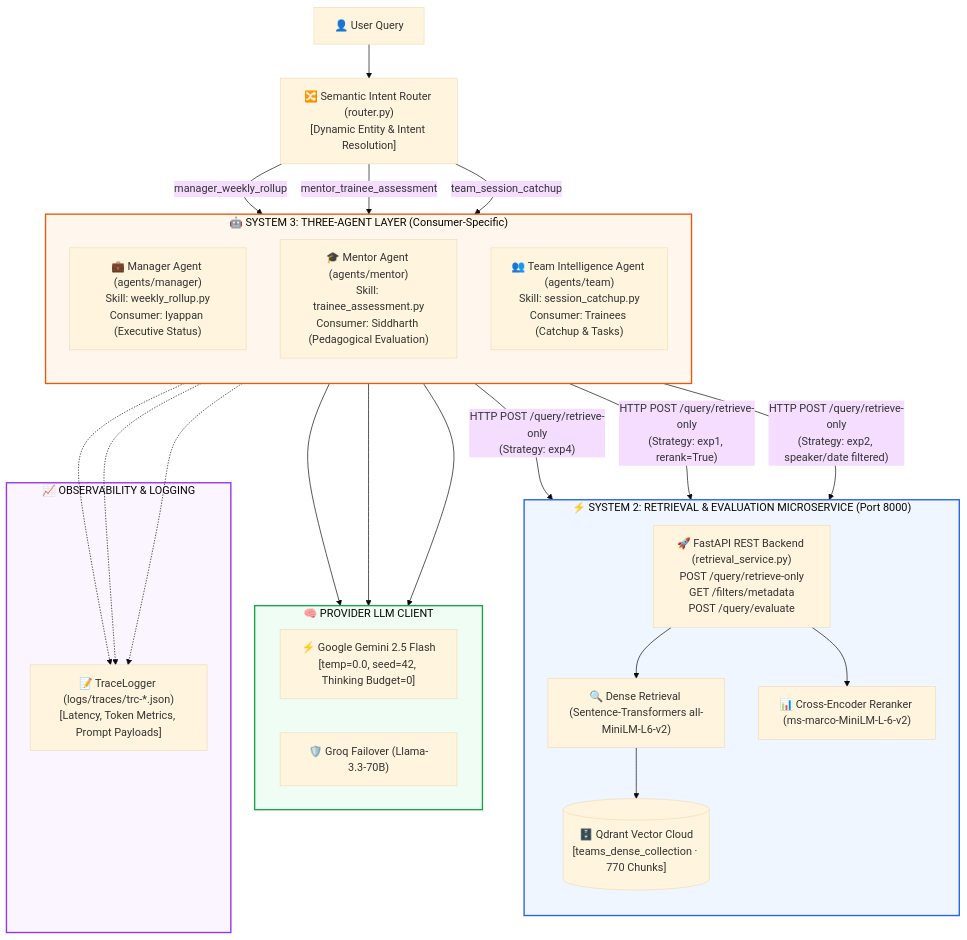
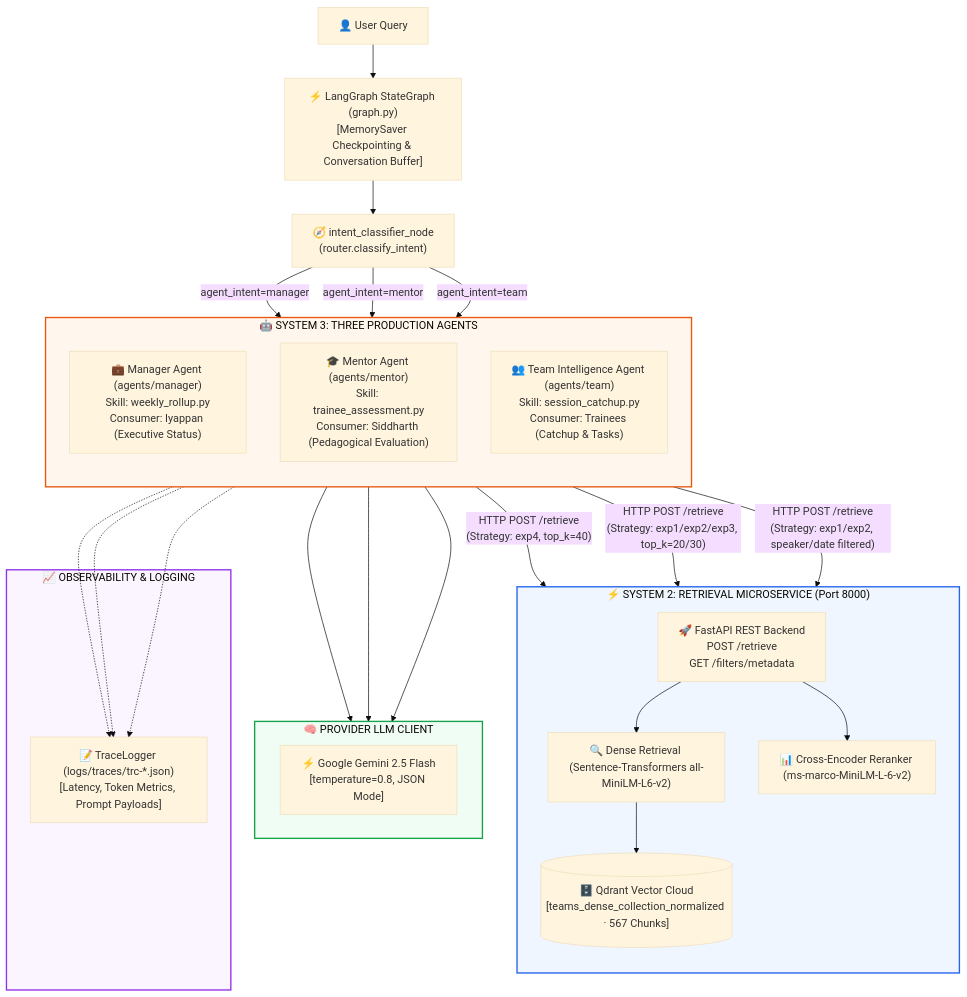
The diagram in README.md (Himayaomnex/RAG_Project), drawn with Mermaid (base theme) before and after one commit. The commit also changed other lines of this file and 3 other files, not shown here.

Commit message:
fix(orchestration): resolve slot-priority bug, isolate user session ids, and update system documentation

````diff
--- a/README.md
+++ b/README.md
@@ -11,55 +11,56 @@
 ```mermaid
 flowchart TD
-    UserQuery["👤 User Query"] --> Router["🔀 Semantic Intent Router (router.py)\n[Dynamic Entity & Intent Resolution]"]
-
-    subgraph System3 ["🤖 SYSTEM 3: THREE-AGENT LAYER (Consumer-Specific)"]
+    UserQuery["👤 User Query"] --> LangGraph["⚡ LangGraph StateGraph (graph.py)\n[MemorySaver Checkpointing & Conversation Buffer]"]
+    
+    LangGraph --> Classifier["🧭 intent_classifier_node\n(router.classify_intent)"]
+    
+    subgraph System3 ["🤖 SYSTEM 3: THREE PRODUCTION AGENTS"]
         direction TB
         style System3 fill:#fff7ed,stroke:#ea580c,stroke-width:2px
         
         ManagerAgent["💼 Manager Agent (agents/manager)\nSkill: weekly_rollup.py\nConsumer: Iyappan (Executive Status)"]
         MentorAgent["🎓 Mentor Agent (agents/mentor)\nSkill: trainee_assessment.py\nConsumer: Siddharth (Pedagogical Evaluation)"]
         TeamAgent["👥 Team Intelligence Agent (agents/team)\nSkill: session_catchup.py\nConsumer: Trainees (Catchup & Tasks)"]
     end
 
-    Router -->|"manager_weekly_rollup"| ManagerAgent
-    Router -->|"mentor_trainee_assessment"| MentorAgent
-    Router -->|"team_session_catchup"| TeamAgent
+    Classifier -->|"agent_intent=manager"| ManagerAgent
+    Classifier -->|"agent_intent=mentor"| MentorAgent
+    Classifier -->|"agent_intent=team"| TeamAgent
 
-    subgraph System2 ["⚡ SYSTEM 2: RETRIEVAL & EVALUATION MICROSERVICE (Port 8000)"]
+    subgraph System2 ["⚡ SYSTEM 2: RETRIEVAL MICROSERVICE (Port 8000)"]
         direction TB
         style System2 fill:#eff6ff,stroke:#2563eb,stroke-width:2px
 
-        FastAPIServer["🚀 FastAPI REST Backend (retrieval_service.py)\nPOST /query/retrieve-only\nGET /filters/metadata\nPOST /query/evaluate"]
+        FastAPIServer["🚀 FastAPI REST Backend\nPOST /retrieve\nGET /filters/metadata"]
         
         DenseRetrieval["🔍 Dense Retrieval (Sentence-Transformers all-MiniLM-L6-v2)"]
         RerankerModule["📊 Cross-Encoder Reranker (ms-marco-MiniLM-L-6-v2)"]
-        QdrantCloud[("🗄️ Qdrant Vector Cloud\n[teams_dense_collection · 770 Chunks]")]
+        QdrantCloud[("🗄️ Qdrant Vector Cloud\n[teams_dense_collection_normalized · 567 Chunks]")]
         
         FastAPIServer --> DenseRetrieval
         DenseRetrieval --> QdrantCloud
         FastAPIServer --> RerankerModule
     end
 
-    ManagerAgent -->|"HTTP POST /query/retrieve-only\n(Strategy: exp4)"| FastAPIServer
-    MentorAgent -->|"HTTP POST /query/retrieve-only\n(Strategy: exp1, rerank=True)"| FastAPIServer
-    TeamAgent -->|"HTTP POST /query/retrieve-only\n(Strategy: exp2, speaker/date filtered)"| FastAPIServer
+    ManagerAgent -->|"HTTP POST /retrieve\n(Strategy: exp4, top_k=40)"| FastAPIServer
+    MentorAgent -->|"HTTP POST /retrieve\n(Strategy: exp1/exp2/exp3, top_k=20/30)"| FastAPIServer
+    TeamAgent -->|"HTTP POST /retrieve\n(Strategy: exp1/exp2, speaker/date filtered)"| FastAPIServer
 
     subgraph LLMClientLayer ["🧠 PROVIDER LLM CLIENT"]
         style LLMClientLayer fill:#f0fdf4,stroke:#16a34a,stroke-width:2px
-        GeminiEngine["⚡ Google Gemini 2.5 Flash\n[temp=0.0, seed=42, Thinking Budget=0]"]
-        GroqFailover["🛡️ Groq Failover (Llama-3.3-70B)"]
+        GeminiEngine["⚡ Google Gemini 2.5 Flash\n[temperature=0.8, JSON Mode]"]
     end
 
     ManagerAgent --> LLMClientLayer
     MentorAgent --> LLMClientLayer
     TeamAgent --> LLMClientLayer
 
     subgraph Observability ["📈 OBSERVABILITY & LOGGING"]
         style Observability fill:#faf5ff,stroke:#9333ea,stroke-width:2px
         TraceLogger["📝 TraceLogger (logs/traces/trc-*.json)\n[Latency, Token Metrics, Prompt Payloads]"]
     end
 
     ManagerAgent -.-> TraceLogger
     MentorAgent -.-> TraceLogger
     TeamAgent -.-> TraceLogger
 ```
````
